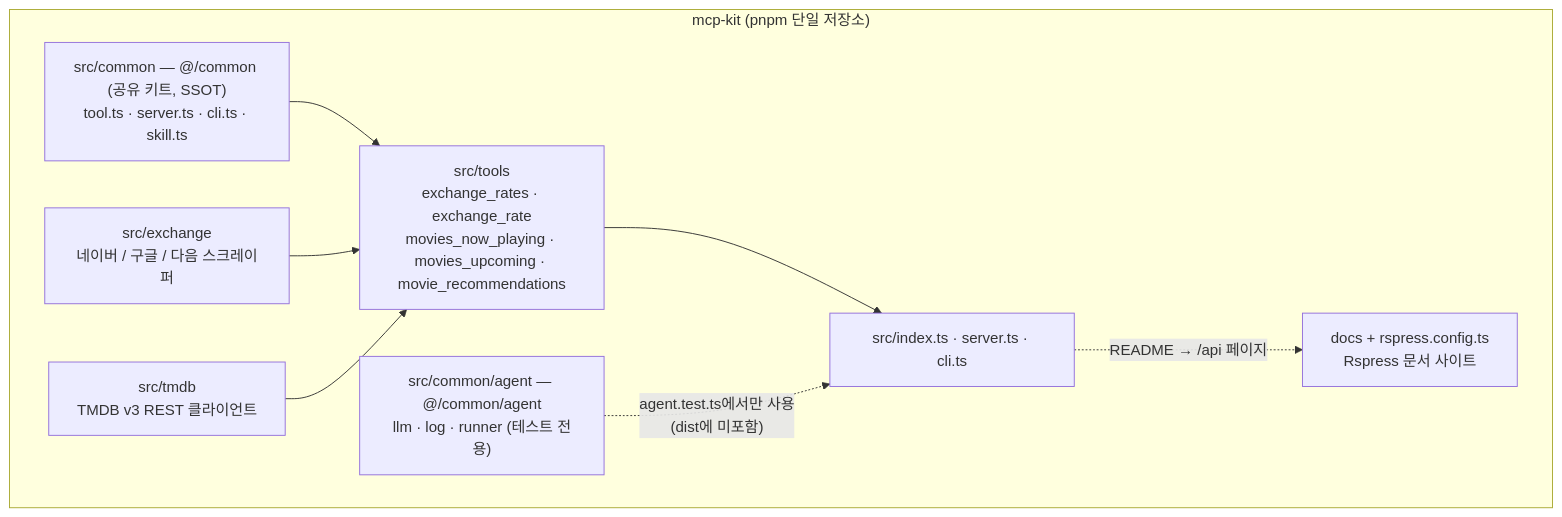
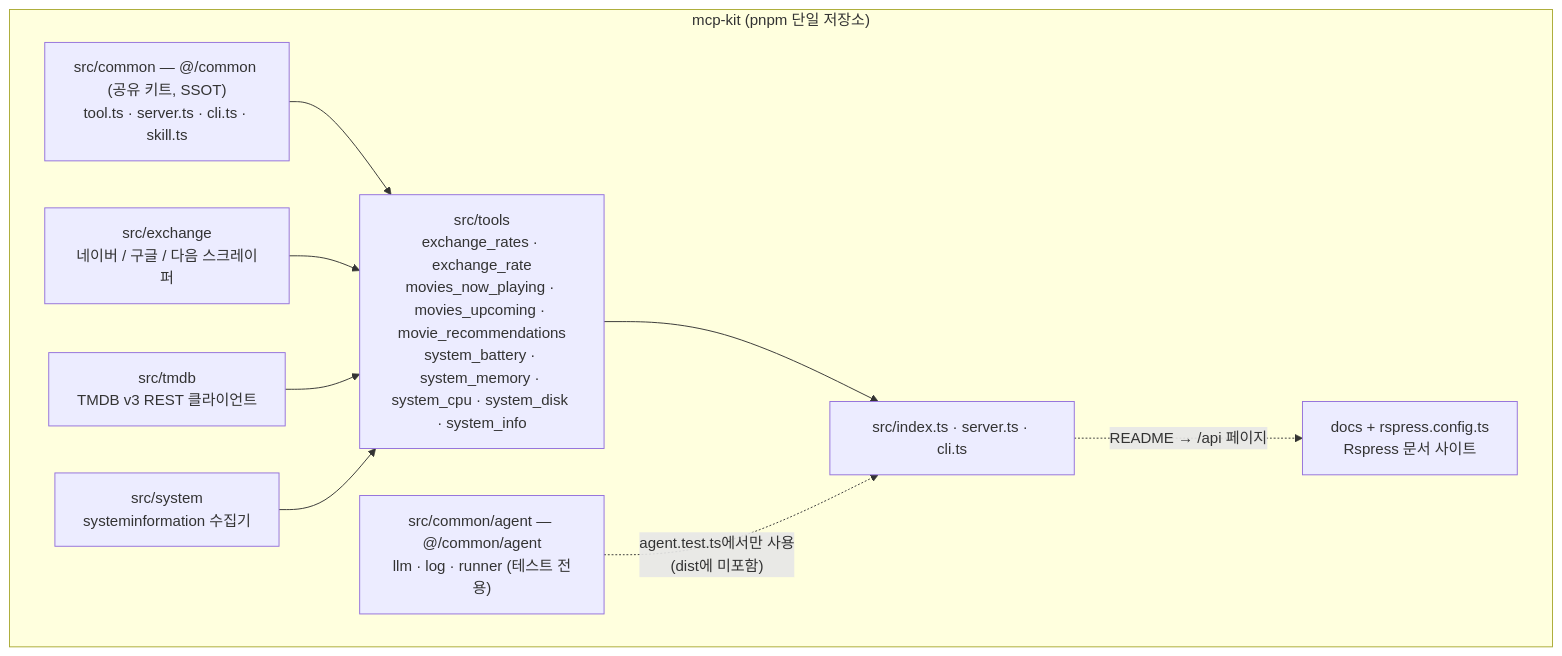
Before and after one commit to jl917/mcp-kit: the first of 4 diagrams in docs/ko/03-architecture.md, drawn with Mermaid. The commit also changed other lines of this file and 28 other files, not shown here.

First line of the commit message:
feat(system): add battery, memory, cpu, and disk tools (#58)

````diff
--- a/docs/ko/03-architecture.md
+++ b/docs/ko/03-architecture.md
@@ -141,19 +164,21 @@
 ```mermaid
 graph TD
     subgraph Repo["mcp-kit (pnpm 단일 저장소)"]
         Common["src/common — @/common (공유 키트, SSOT)<br/>tool.ts · server.ts · cli.ts · skill.ts"]
         Agent["src/common/agent — @/common/agent<br/>llm · log · runner (테스트 전용)"]
         Exchange["src/exchange<br/>네이버 / 구글 / 다음 스크레이퍼"]
         Tmdb["src/tmdb<br/>TMDB v3 REST 클라이언트"]
-        Tools["src/tools<br/>exchange_rates · exchange_rate<br/>movies_now_playing · movies_upcoming · movie_recommendations"]
+        System["src/system<br/>systeminformation 수집기"]
+        Tools["src/tools<br/>exchange_rates · exchange_rate<br/>movies_now_playing · movies_upcoming · movie_recommendations<br/>system_battery · system_memory · system_cpu · system_disk · system_info"]
         Entries["src/index.ts · server.ts · cli.ts"]
         Site["docs + rspress.config.ts<br/>Rspress 문서 사이트"]
     end
 
     Common --> Tools
     Exchange --> Tools
     Tmdb --> Tools
+    System --> Tools
     Tools --> Entries
     Agent -.->|"agent.test.ts에서만 사용<br/>(dist에 미포함)"| Entries
     Entries -.->|"README → /api 페이지"| Site
 ```
````
